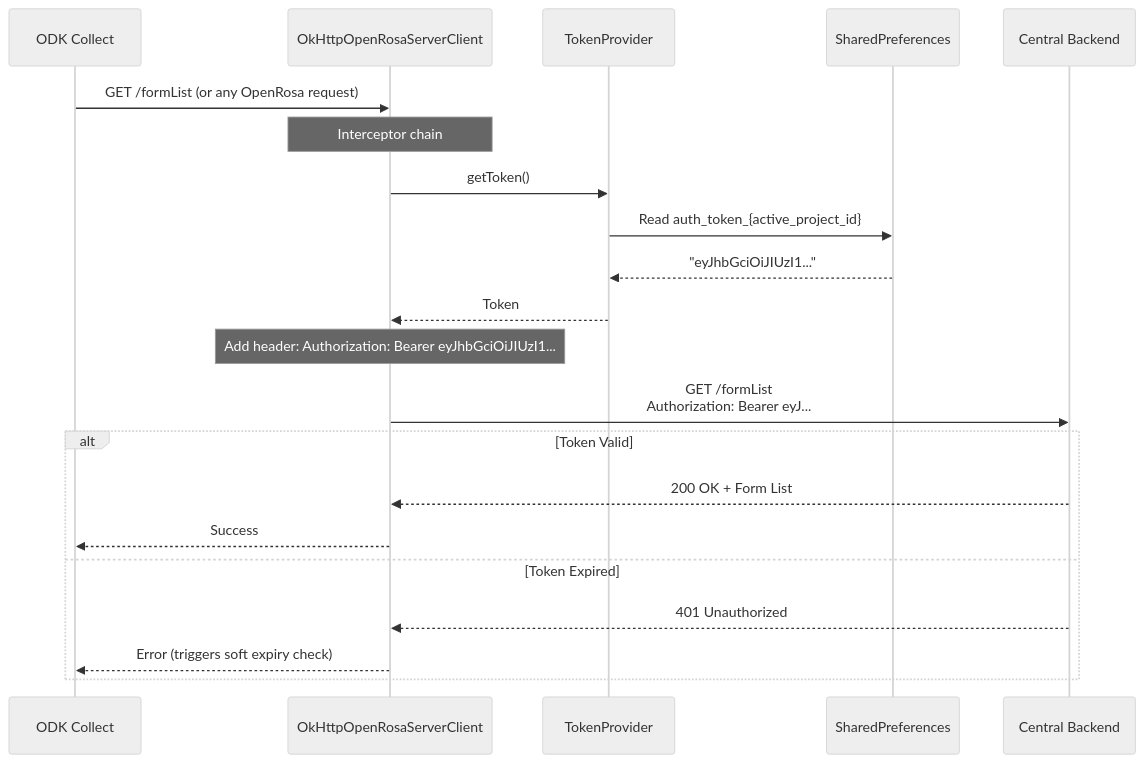
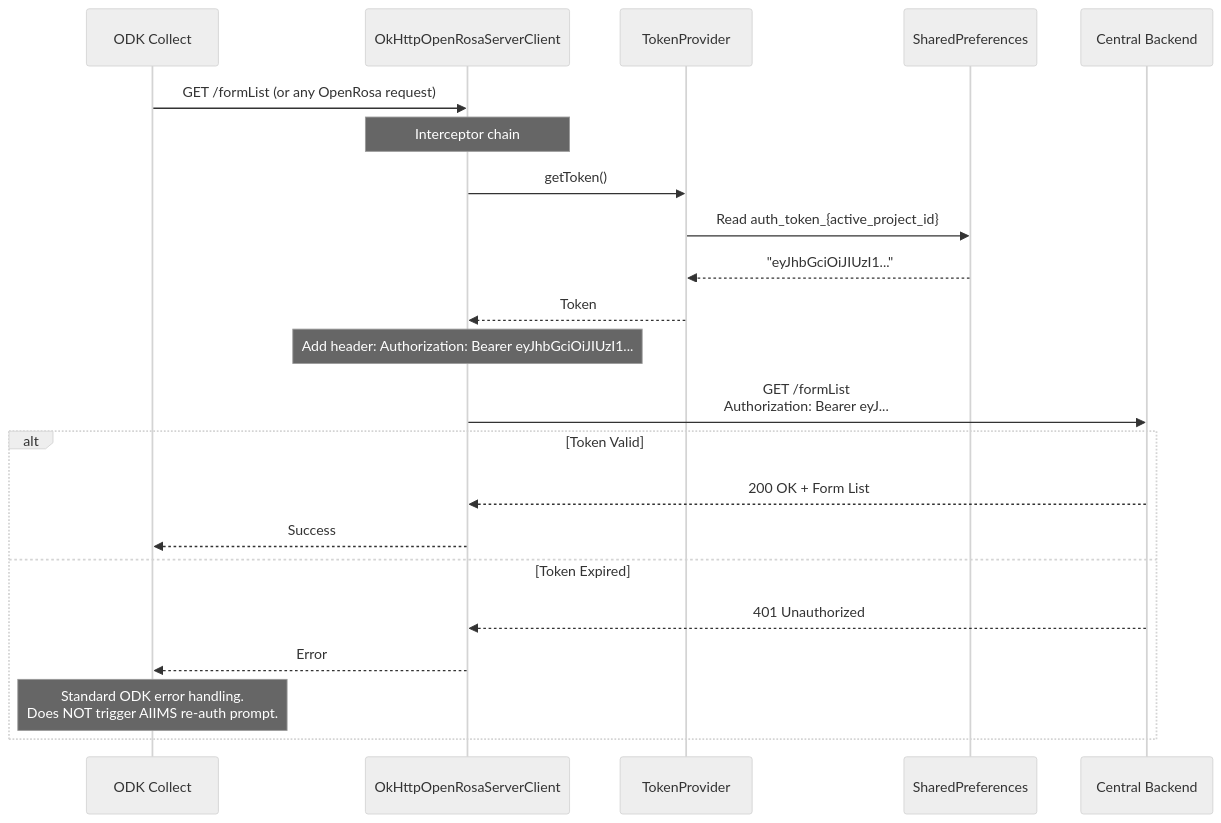
Before and after one commit to drguptavivek/collect: the third of 6 diagrams in docs/aiims-custom/01-ARCHITECTURE/authentication.md, drawn with Mermaid (neutral theme). The commit also changed other lines of this file and 13 other files, not shown here.

First line of the commit message:
docs: separate aiims vs standard architecture and telemetry specs

````diff
--- a/docs/aiims-custom/01-ARCHITECTURE/authentication.md
+++ b/docs/aiims-custom/01-ARCHITECTURE/authentication.md
@@ -93,27 +93,28 @@
 ```mermaid
 sequenceDiagram
     participant App as ODK Collect
     participant Client as OkHttpOpenRosaServerClient
     participant Provider as TokenProvider
     participant Prefs as SharedPreferences
     participant Server as Central Backend
 
     App->>Client: GET /formList (or any OpenRosa request)
 
     Note over Client: Interceptor chain
     Client->>Provider: getToken()
     Provider->>Prefs: Read auth_token_{active_project_id}
     Prefs-->>Provider: "eyJhbGciOiJIUzI1..."
     Provider-->>Client: Token
 
     Note over Client: Add header: Authorization: Bearer eyJhbGciOiJIUzI1...
     Client->>Server: GET /formList<br/>Authorization: Bearer eyJ...
 
     alt Token Valid
         Server-->>Client: 200 OK + Form List
         Client-->>App: Success
     else Token Expired
         Server-->>Client: 401 Unauthorized
-        Client-->>App: Error (triggers soft expiry check)
+        Client-->>App: Error
+        Note over App: Standard ODK error handling.<br/>Does NOT trigger AIIMS re-auth prompt.
     end
 ```
````
